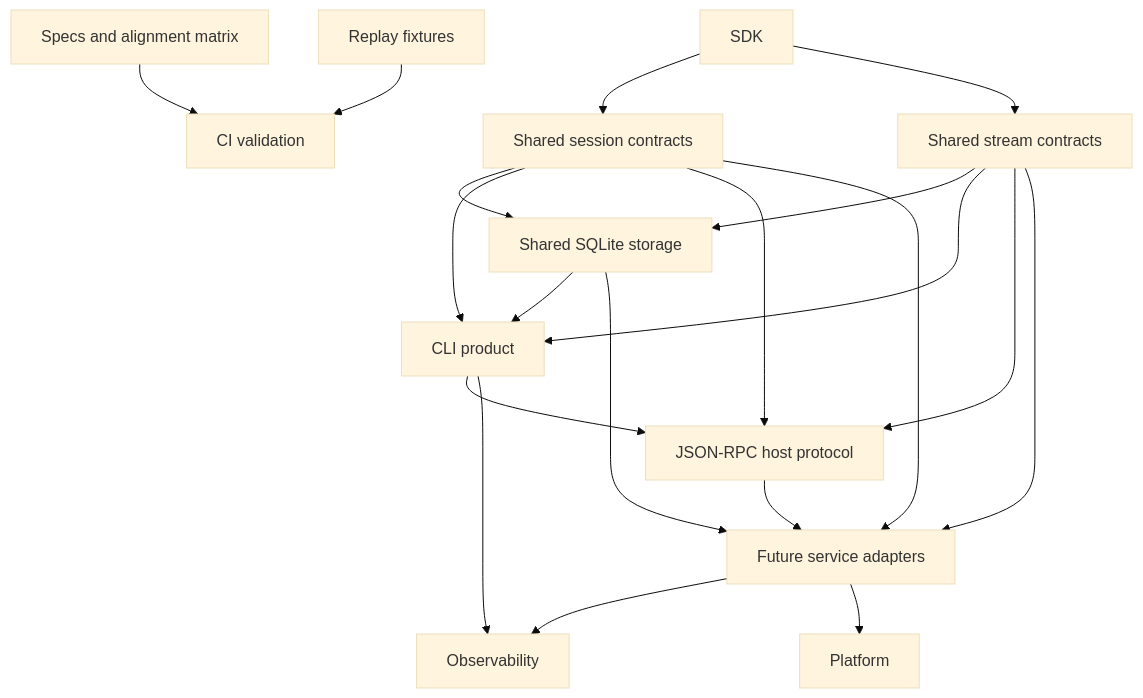
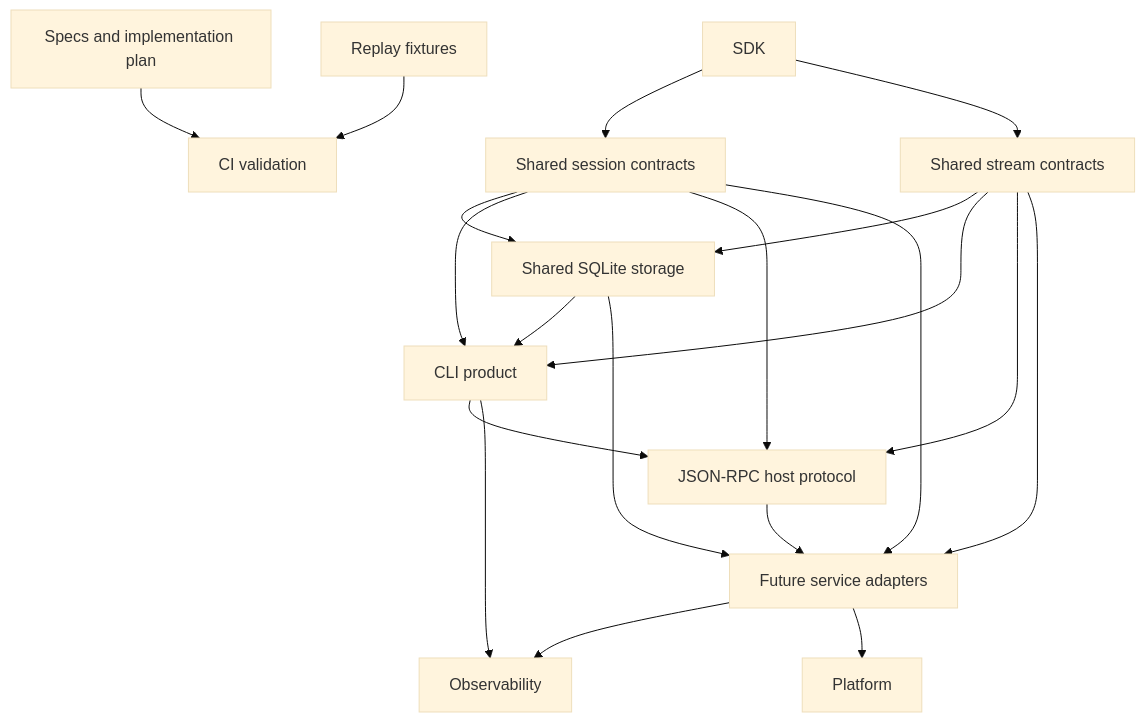
Before and after one commit to Wh1isper/starweaver: the diagram in spec/ops/README.md, drawn with Mermaid (base theme). The commit also changed other lines of this file and 56 other files, not shown here.

````diff
--- a/spec/ops/README.md
+++ b/spec/ops/README.md
@@ -21,35 +21,35 @@
 ```mermaid
 flowchart TD
     ci[CI validation]
     replay[Replay fixtures]
-    specs[Specs and alignment matrix]
+    specs[Specs and implementation plan]
     sdk[SDK]
     session[Shared session contracts]
     stream[Shared stream contracts]
     storage[Shared SQLite storage]
     cli[CLI product]
     hostrpc[JSON-RPC host protocol]
     service[Future service adapters]
     observability[Observability]
     platform[Platform]
 
     specs --> ci
     replay --> ci
     sdk --> session
     sdk --> stream
     session --> storage
     stream --> storage
     storage --> cli
     session --> cli
     stream --> cli
     cli --> hostrpc
     session --> hostrpc
     stream --> hostrpc
     hostrpc --> service
     session --> service
     stream --> service
     storage --> service
     service --> observability
     cli --> observability
     service --> platform
 ```
````
